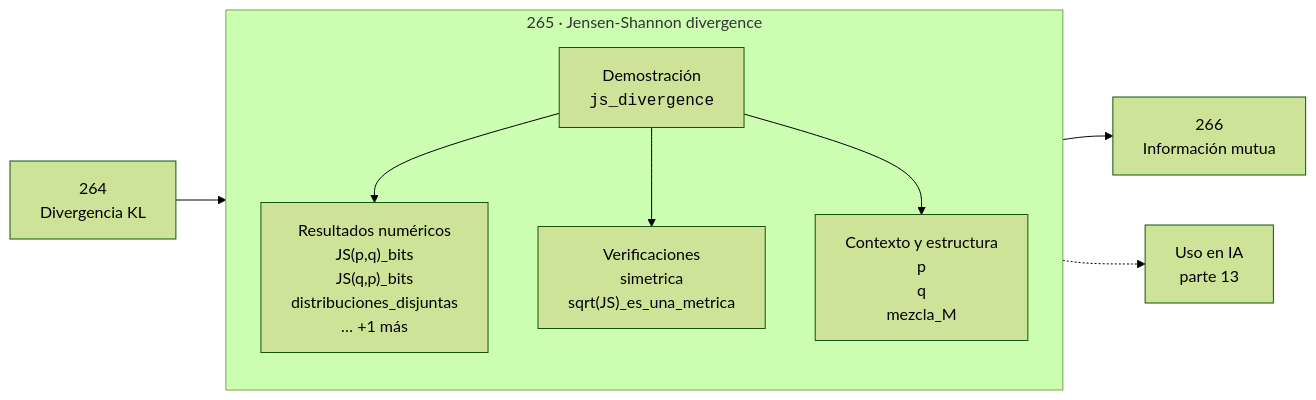
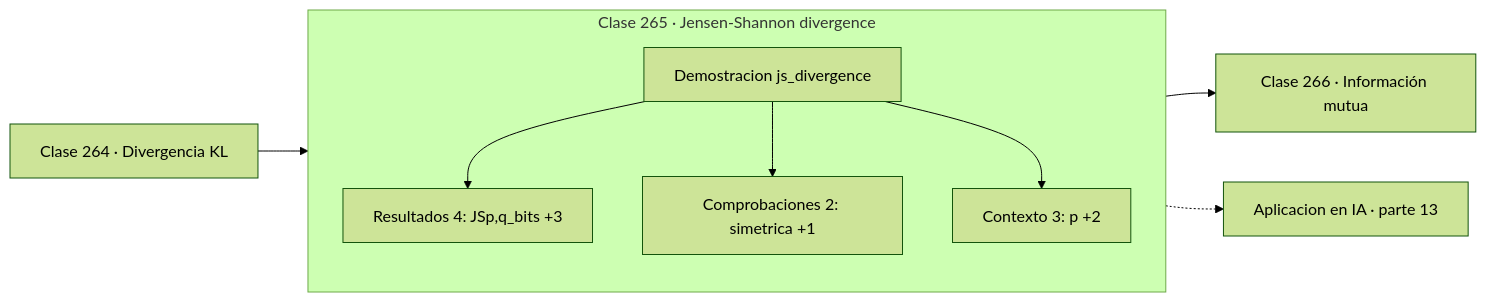
The diagram in classes/part-13-teoria-de-la-informacion-senales-y-series/265-jensen-shannon-divergence/README.md (vladimiracunadev-create/computational-mathematics-program), drawn with Mermaid (forest theme) before and after one commit. The commit also changed 389 other files, not shown here.

First line of the commit message:
fix(diagramas): elimina el HTML de las etiquetas Mermaid

````diff
--- a/classes/part-13-teoria-de-la-informacion-senales-y-series/265-jensen-shannon-divergence/README.md
+++ b/classes/part-13-teoria-de-la-informacion-senales-y-series/265-jensen-shannon-divergence/README.md
@@ -30,12 +30,13 @@
 ```mermaid
 flowchart LR
-    P["264<br/>Divergencia KL"] --> C
-    subgraph C["265 · Jensen-Shannon divergence"]
+    P["Clase 264 · Divergencia KL"] --> D
+    subgraph CLASE["Clase 265 · Jensen-Shannon divergence"]
         direction TB
-        D["Demostración<br/><code>js_divergence</code>"] --> R["Resultados numéricos<br/>JS(p,q)_bits<br/>JS(q,p)_bits<br/>distribuciones_disjuntas<br/>… +1 más"]
-        D --> V["Verificaciones<br/>simetrica<br/>sqrt(JS)_es_una_metrica"]
-        D --> O["Contexto y estructura<br/>p<br/>q<br/>mezcla_M"]
+        D["Demostracion js_divergence"]
+        D --> R["Resultados 4: JSp,q_bits +3"]
+        D --> V["Comprobaciones 2: simetrica +1"]
+        D --> O["Contexto 3: p +2"]
     end
-    C --> N["266<br/>Información mutua"]
-    C -.-> IA["Uso en IA<br/>parte 13"]
+    R --> N["Clase 266 · Información mutua"]
+    V -.-> IA["Aplicacion en IA · parte 13"]
 ```
````
